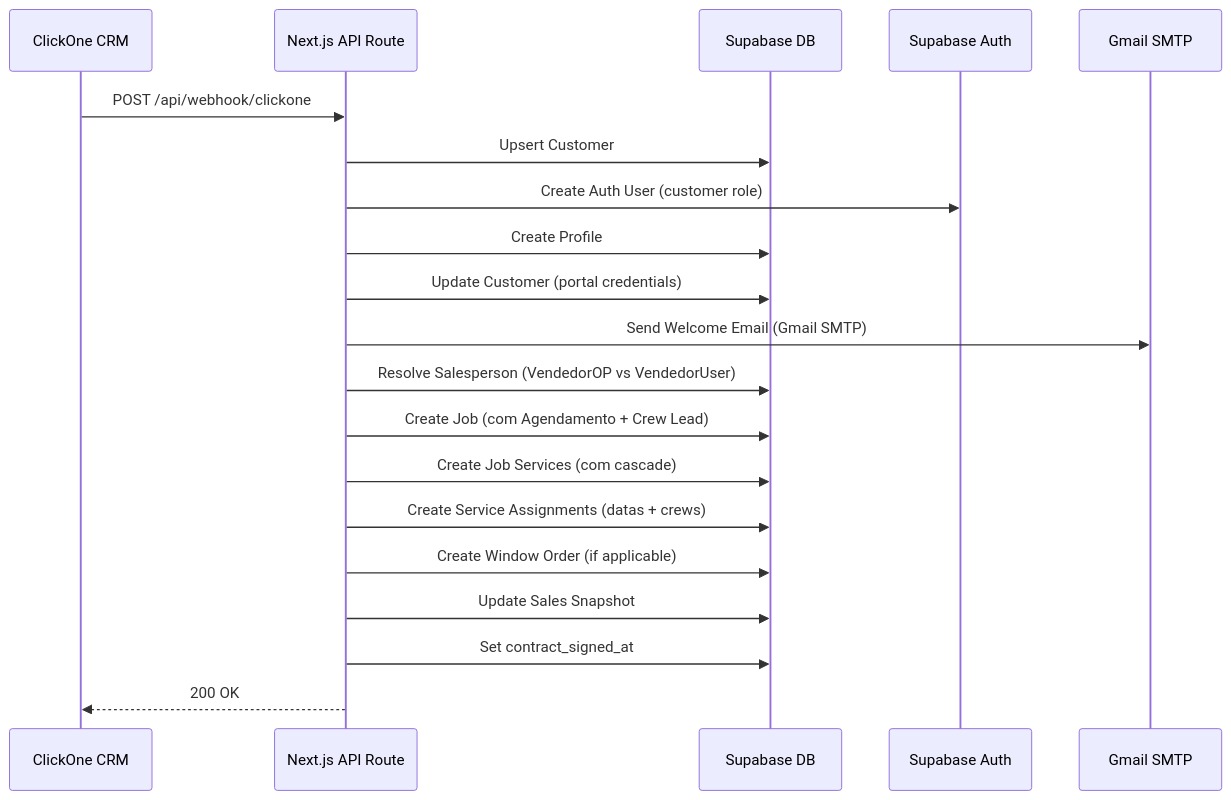
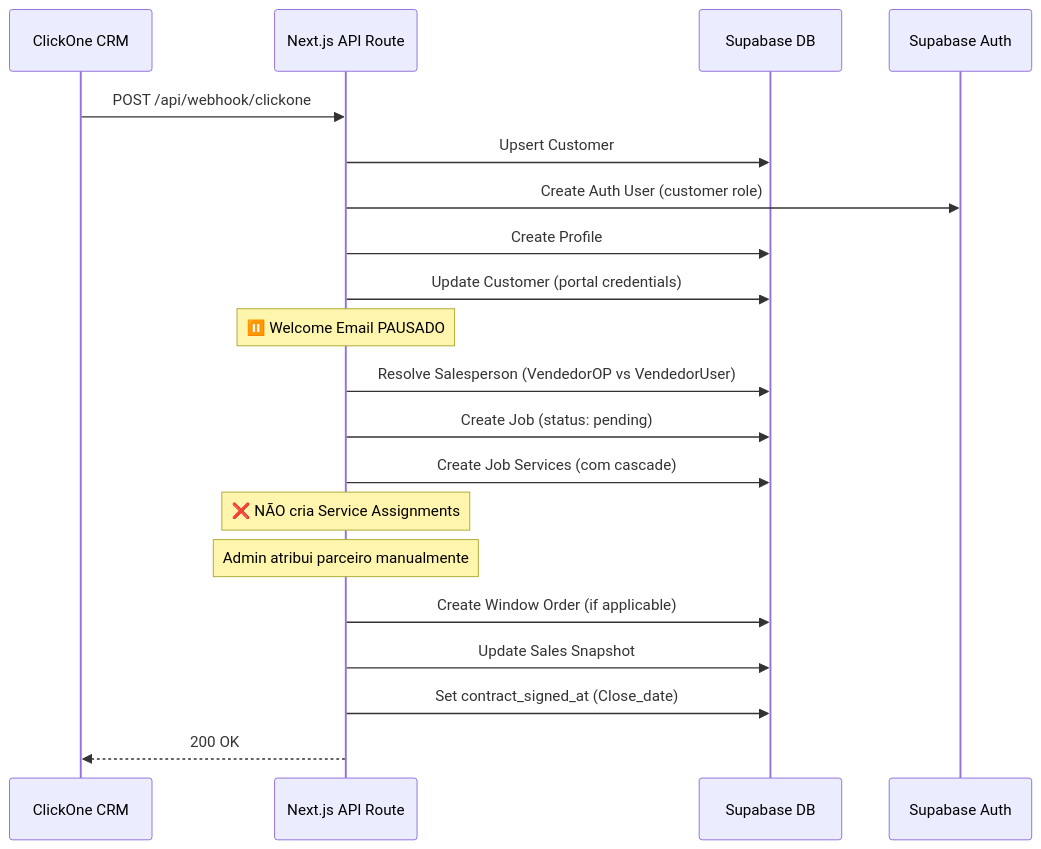
Before and after one commit to Wyllams/Sinding-Depot: the first of 3 diagrams in Projetos 2026/Siding Depot/Webhook ClickOne.md, drawn with Mermaid. The commit also changed other lines of this file and 12 other files, not shown here.

````diff
--- a/Projetos 2026/Siding Depot/Webhook ClickOne.md
+++ b/Projetos 2026/Siding Depot/Webhook ClickOne.md
@@ -23,23 +23,23 @@
 ```mermaid
 sequenceDiagram
     participant CRM as ClickOne CRM
     participant API as Next.js API Route
     participant DB as Supabase DB
     participant Auth as Supabase Auth
-    participant Email as Gmail SMTP
 
     CRM->>API: POST /api/webhook/clickone
     API->>DB: Upsert Customer
     API->>Auth: Create Auth User (customer role)
     API->>DB: Create Profile
     API->>DB: Update Customer (portal credentials)
-    API->>Email: Send Welcome Email (Gmail SMTP)
+    Note over API: ⏸️ Welcome Email PAUSADO
     API->>DB: Resolve Salesperson (VendedorOP vs VendedorUser)
-    API->>DB: Create Job (com Agendamento + Crew Lead)
+    API->>DB: Create Job (status: pending)
     API->>DB: Create Job Services (com cascade)
-    API->>DB: Create Service Assignments (datas + crews)
+    Note over API: ❌ NÃO cria Service Assignments
+    Note over API: Admin atribui parceiro manualmente
     API->>DB: Create Window Order (if applicable)
     API->>DB: Update Sales Snapshot
-    API->>DB: Set contract_signed_at
+    API->>DB: Set contract_signed_at (Close_date)
     API-->>CRM: 200 OK
 ```
````
